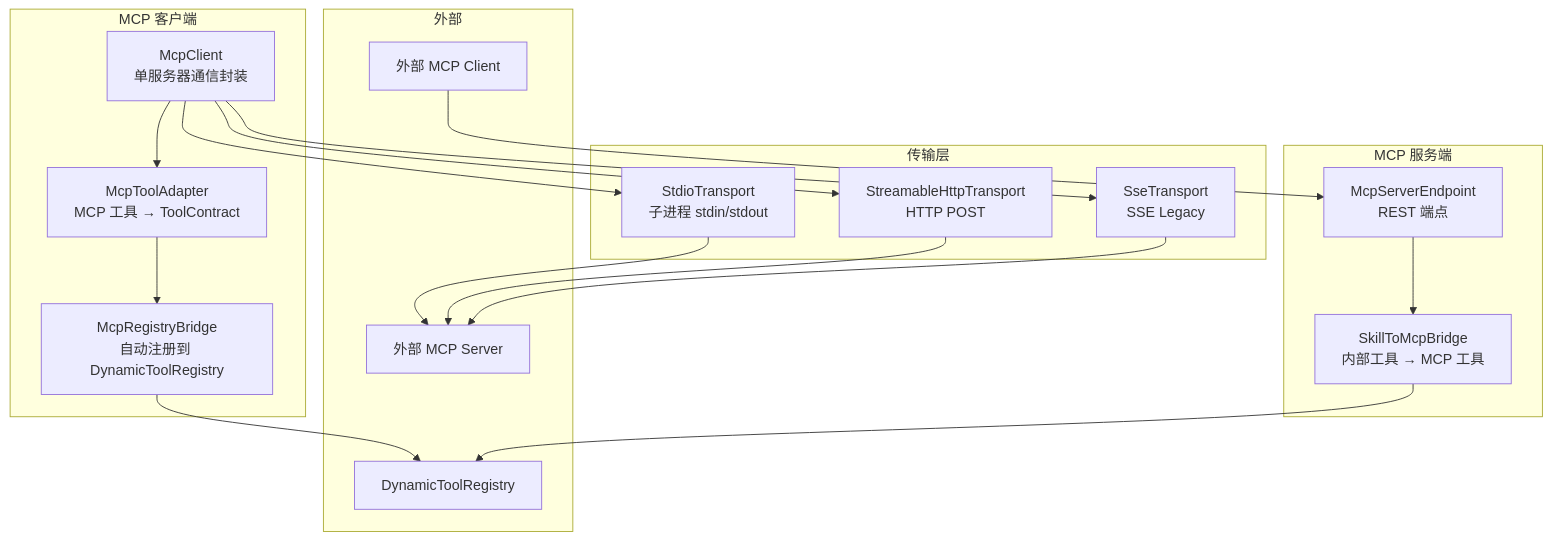
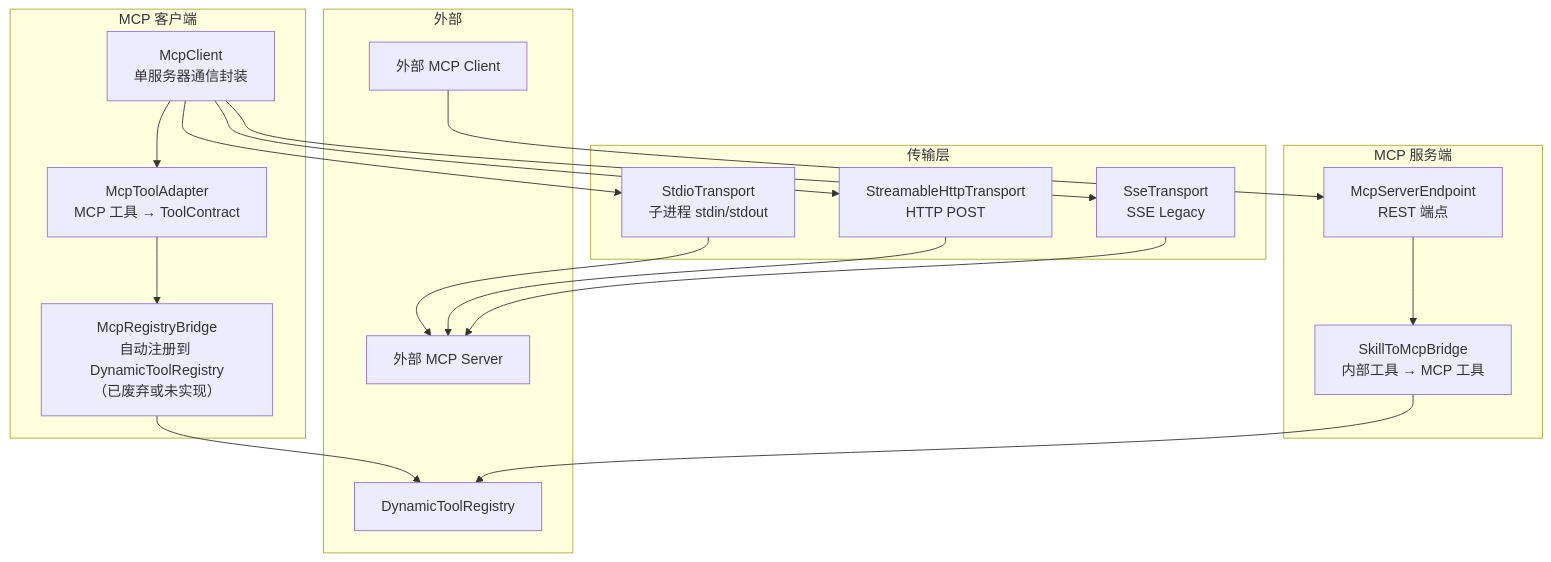
Before and after one commit to ntygod/LifePilot: the first of 2 diagrams in docs/architecture/mcp-support.md, drawn with Mermaid. The commit also changed 9 other files, not shown here.

````diff
--- a/docs/architecture/mcp-support.md
+++ b/docs/architecture/mcp-support.md
@@ -13,34 +13,34 @@
 ```mermaid
 graph TB
     subgraph "MCP 客户端"
         CLIENT["McpClient<br/>单服务器通信封装"]
         ADAPTER["McpToolAdapter<br/>MCP 工具 → ToolContract"]
-        REG_BRIDGE["McpRegistryBridge<br/>自动注册到 DynamicToolRegistry"]
+        REG_BRIDGE["McpRegistryBridge<br/>自动注册到 DynamicToolRegistry<br/>（已废弃或未实现）"]
     end
 
     subgraph "MCP 服务端"
         ENDPOINT["McpServerEndpoint<br/>REST 端点"]
         S2M["SkillToMcpBridge<br/>内部工具 → MCP 工具"]
     end
 
     subgraph "传输层"
         STDIO["StdioTransport<br/>子进程 stdin/stdout"]
         HTTP["StreamableHttpTransport<br/>HTTP POST"]
         SSE["SseTransport<br/>SSE Legacy"]
     end
 
     subgraph "外部"
         EXT_SERVER["外部 MCP Server"]
         EXT_CLIENT["外部 MCP Client"]
         TOOL_REG["DynamicToolRegistry"]
     end
 
     CLIENT --> STDIO
     CLIENT --> HTTP
     CLIENT --> SSE
     STDIO --> EXT_SERVER
     HTTP --> EXT_SERVER
     SSE --> EXT_SERVER
     CLIENT --> ADAPTER --> REG_BRIDGE --> TOOL_REG
     EXT_CLIENT --> ENDPOINT --> S2M --> TOOL_REG
 ```
````
